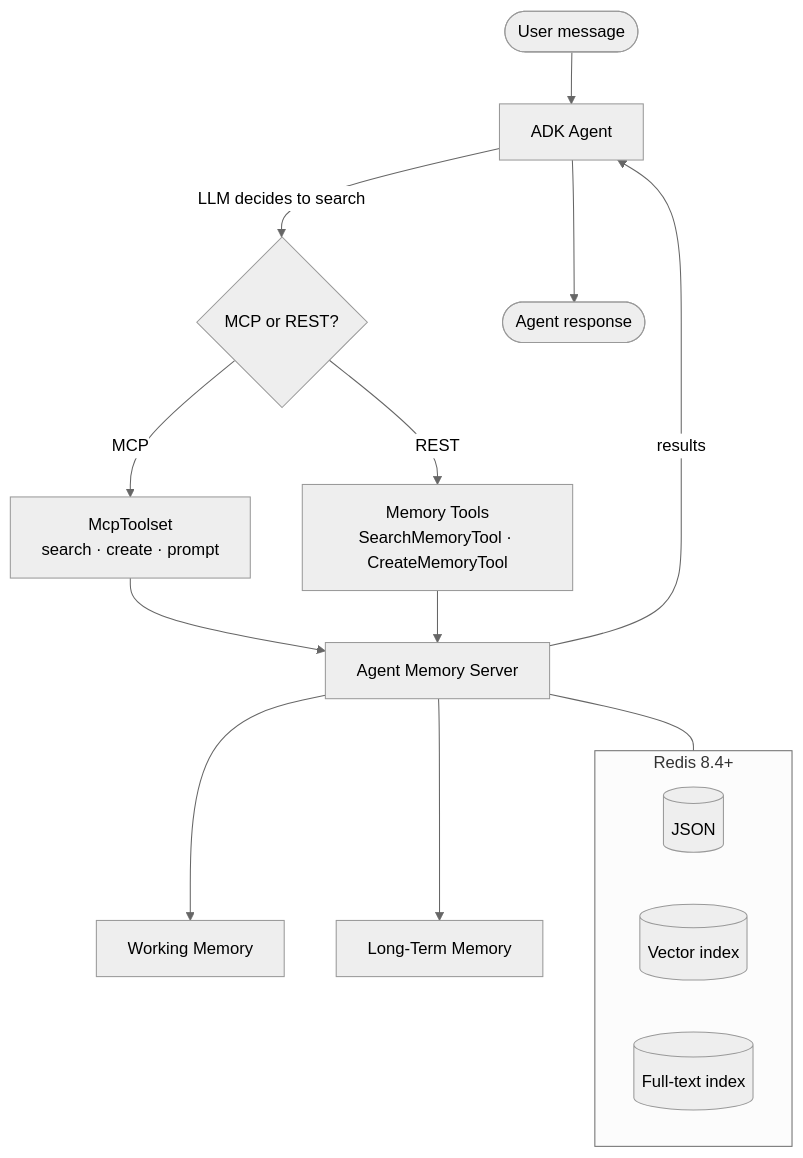
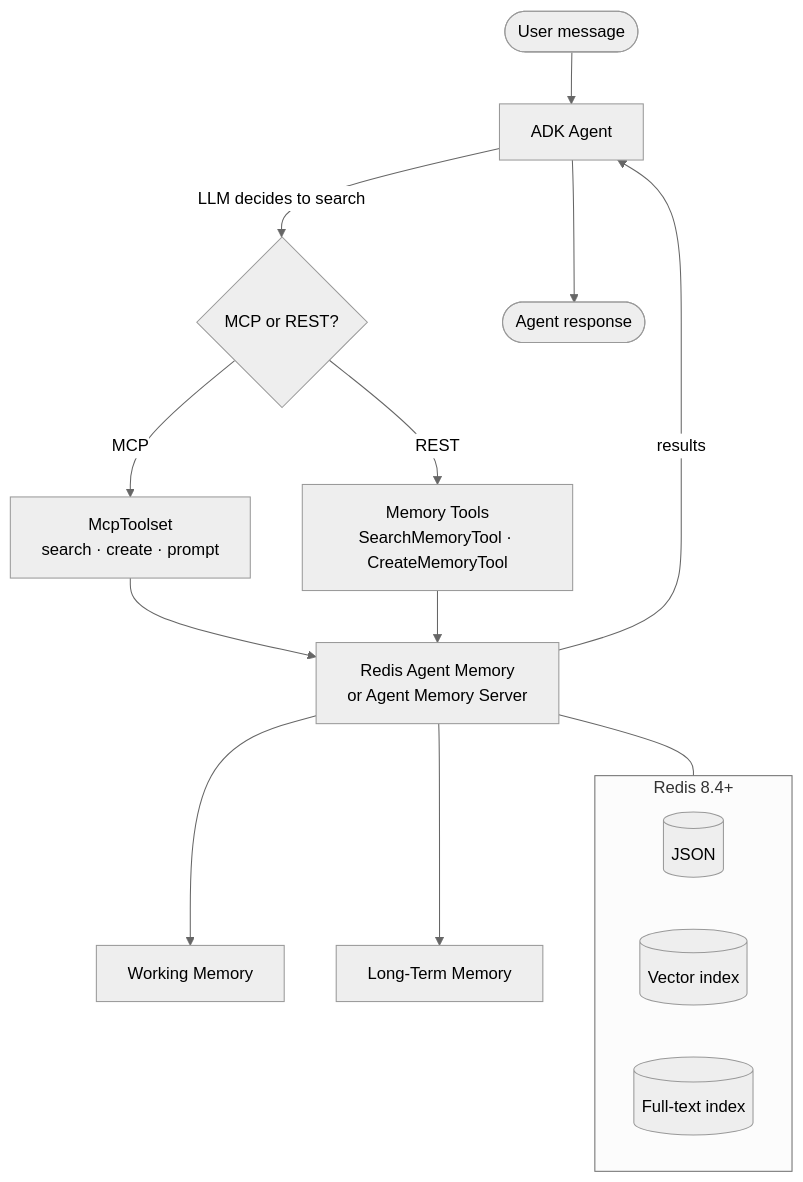
One commit to redis-developer/adk-redis changed the diagram in docs/concepts/memory.md. Above: the diagram before and after it, drawn with Mermaid (neutral theme). The commit also changed other lines of this file and 6 other files, not shown here.

````diff
--- a/docs/concepts/memory.md
+++ b/docs/concepts/memory.md
@@ -20,25 +20,25 @@
 ```mermaid
 flowchart TD
     U([User message]) --> A[ADK Agent]
     A -->|"LLM decides to search"| MCP{MCP or REST?}
 
     MCP -->|MCP| MCPS[McpToolset<br/>search · create · prompt]
     MCP -->|REST| REST[Memory Tools<br/>SearchMemoryTool · CreateMemoryTool]
 
-    MCPS --> AMS[Agent Memory Server]
+    MCPS --> AMS["Redis Agent Memory<br/>or Agent Memory Server"]
     REST --> AMS
 
     AMS --> WM[Working Memory]
     AMS --> LTM[Long-Term Memory]
 
     AMS -->|results| A
     A --> R([Agent response])
 
     subgraph Redis [Redis 8.4+]
         J[(JSON)]
         V[(Vector index)]
         FT[(Full-text index)]
     end
 
     AMS --- Redis
 ```
````
